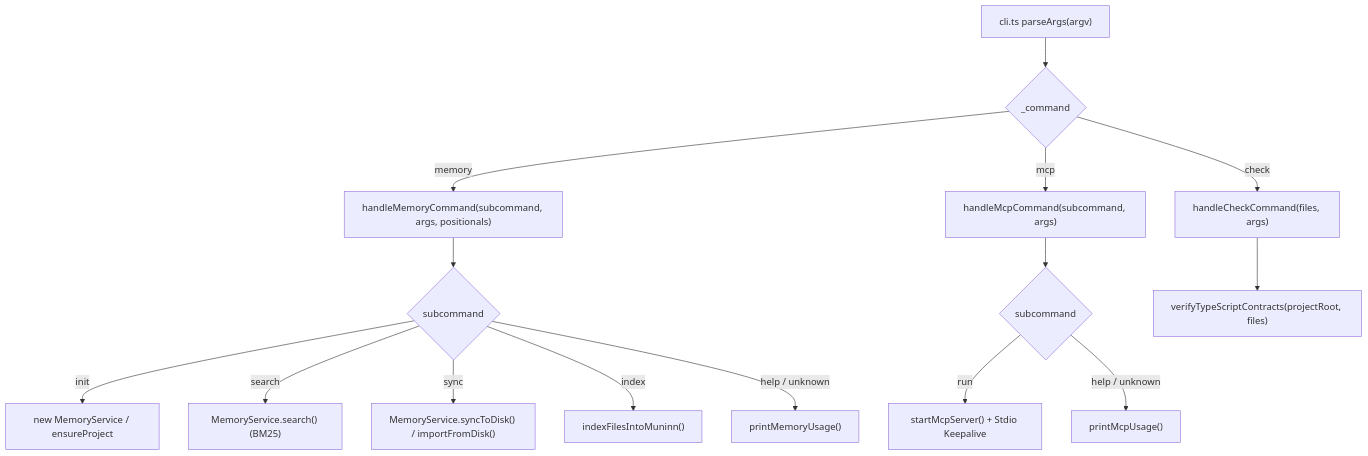
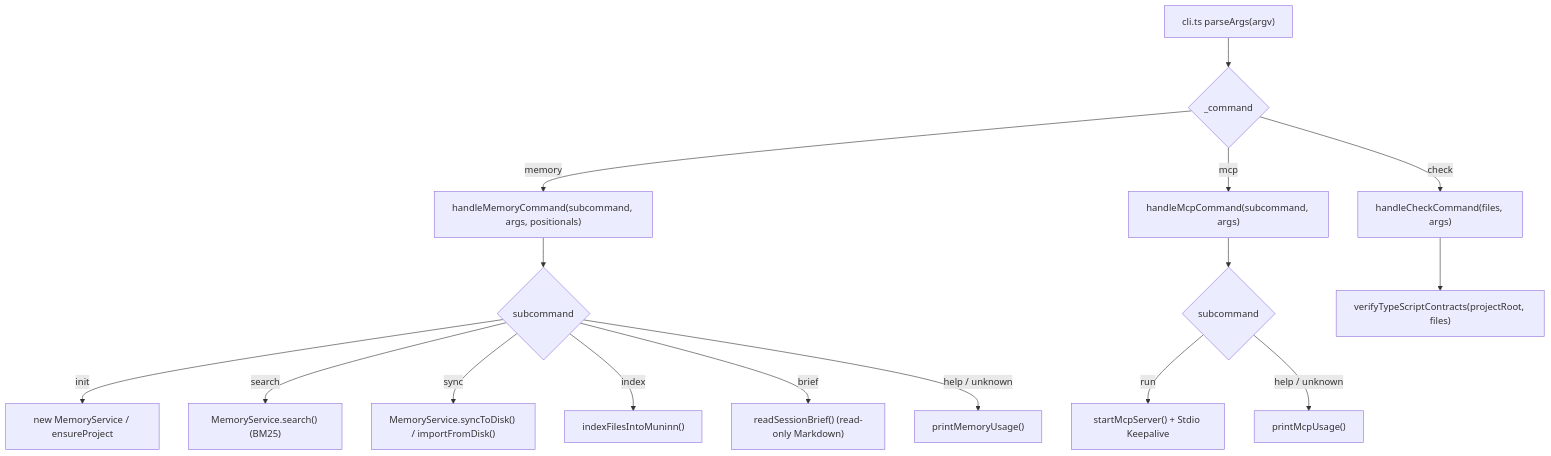
One commit to dahch/muninn changed the seventh of 10 diagrams in DESIGN.md. Above: the diagram before and after it, drawn with Mermaid. The commit also changed other lines of this file and 12 other files, not shown here.

First line of the commit message:
feat(iter-2): Read-only session bootstrap

````diff
--- a/DESIGN.md
+++ b/DESIGN.md
@@ -556,20 +594,21 @@
 ```mermaid
 flowchart TD
     CLI["cli.ts parseArgs(argv)"] --> DISPATCH{"_command"}
     DISPATCH -- "memory" --> MEM["handleMemoryCommand(subcommand, args, positionals)"]
     DISPATCH -- "mcp" --> MCP["handleMcpCommand(subcommand, args)"]
     DISPATCH -- "check" --> CHK["handleCheckCommand(files, args)"]
 
     MEM --> SUBCMD{"subcommand"}
     SUBCMD -- "init" --> INIT["new MemoryService / ensureProject"]
     SUBCMD -- "search" --> SRCH["MemoryService.search() (BM25)"]
     SUBCMD -- "sync" --> SYNC["MemoryService.syncToDisk() / importFromDisk()"]
     SUBCMD -- "index" --> IDX["indexFilesIntoMuninn()"]
+    SUBCMD -- "brief" --> BRIEF["readSessionBrief() (read-only Markdown)"]
     SUBCMD -- "help / unknown" --> USAGE["printMemoryUsage()"]
 
     MCP --> MCPSUBCMD{"subcommand"}
     MCPSUBCMD -- "run" --> RUN["startMcpServer() + Stdio Keepalive"]
     MCPSUBCMD -- "help / unknown" --> MCPUSAGE["printMcpUsage()"]
 
     CHK --> CHKRUN["verifyTypeScriptContracts(projectRoot, files)"]
 ```
````
